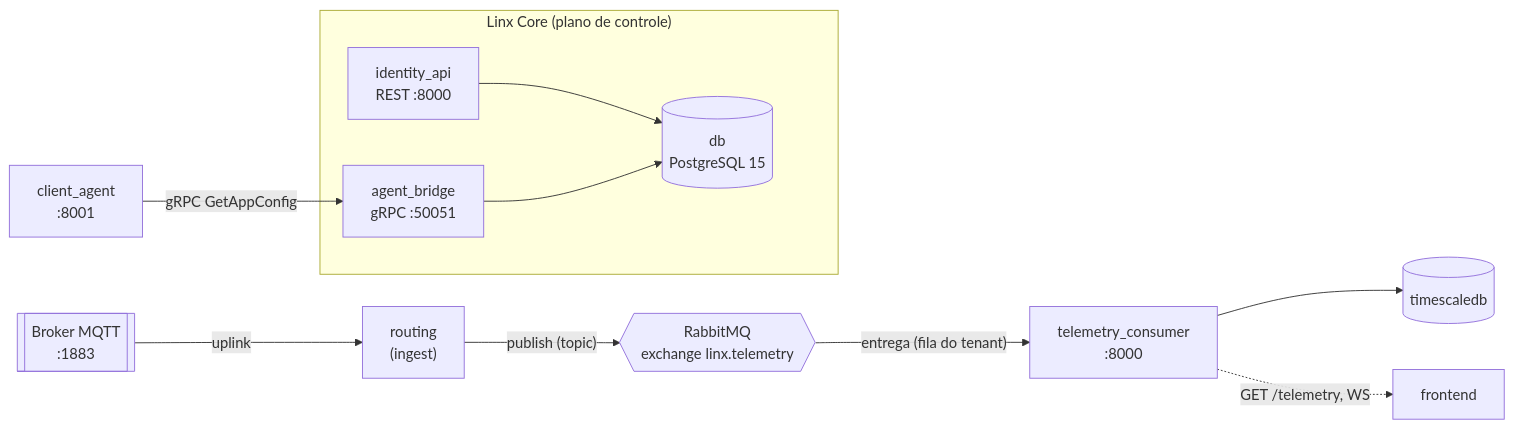
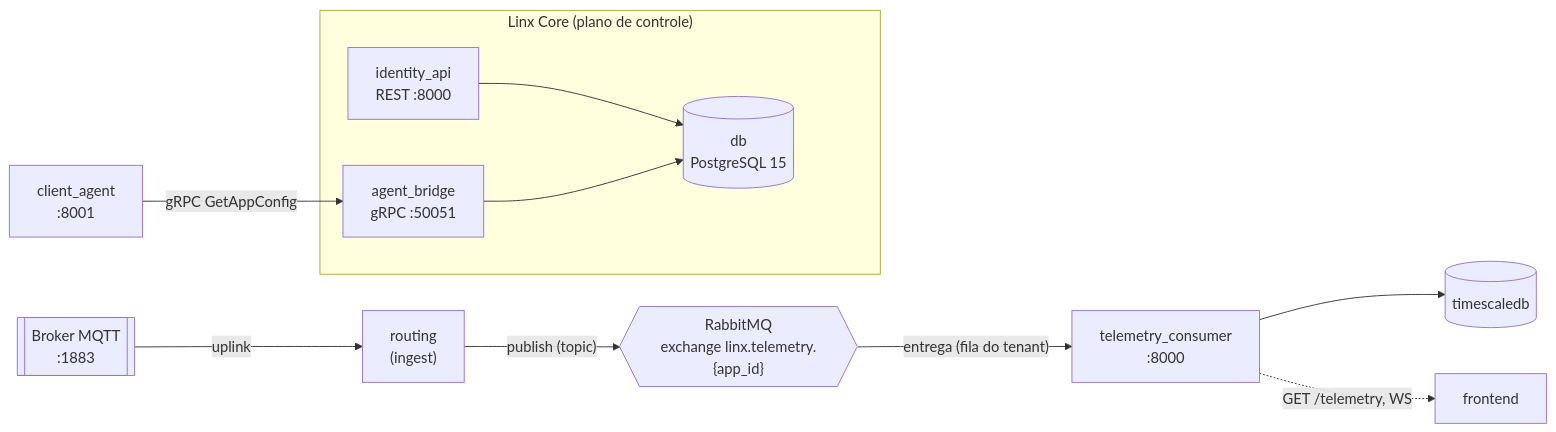
The first of 3 diagrams in docs/comunicacao_entre_servicos.md (IncludeLuisFerreira/LINX-LoRaWAN-Intelligence-Nexus), drawn with Mermaid before and after one commit. The commit also changed other lines of this file and 3 other files, not shown here.

````diff
--- a/docs/comunicacao_entre_servicos.md
+++ b/docs/comunicacao_entre_servicos.md
@@ -48,24 +48,24 @@
 ```mermaid
 flowchart LR
     subgraph SaaS["Linx Core (plano de controle)"]
         ID["identity_api<br/>REST :8000"]
         AB["agent_bridge<br/>gRPC :50051"]
         DB[("db<br/>PostgreSQL 15")]
         ID --> DB
         AB --> DB
     end
 
     MQTT[["Broker MQTT<br/>:1883"]]
     RT["routing<br/>(ingest)"]
-    RMQ{{"RabbitMQ<br/>exchange linx.telemetry"}}
+    RMQ{{"RabbitMQ<br/>exchange linx.telemetry.{app_id}"}}
     CA["client_agent<br/>:8001"]
     TC["telemetry_consumer<br/>:8000"]
     TS[("timescaledb")]
 
     MQTT -- "uplink" --> RT
     RT -- "publish (topic)" --> RMQ
     RMQ -- "entrega (fila do tenant)" --> TC
     CA -- "gRPC GetAppConfig" --> AB
     TC --> TS
     TC -. "GET /telemetry, WS" .-> FE["frontend"]
 ```
````
